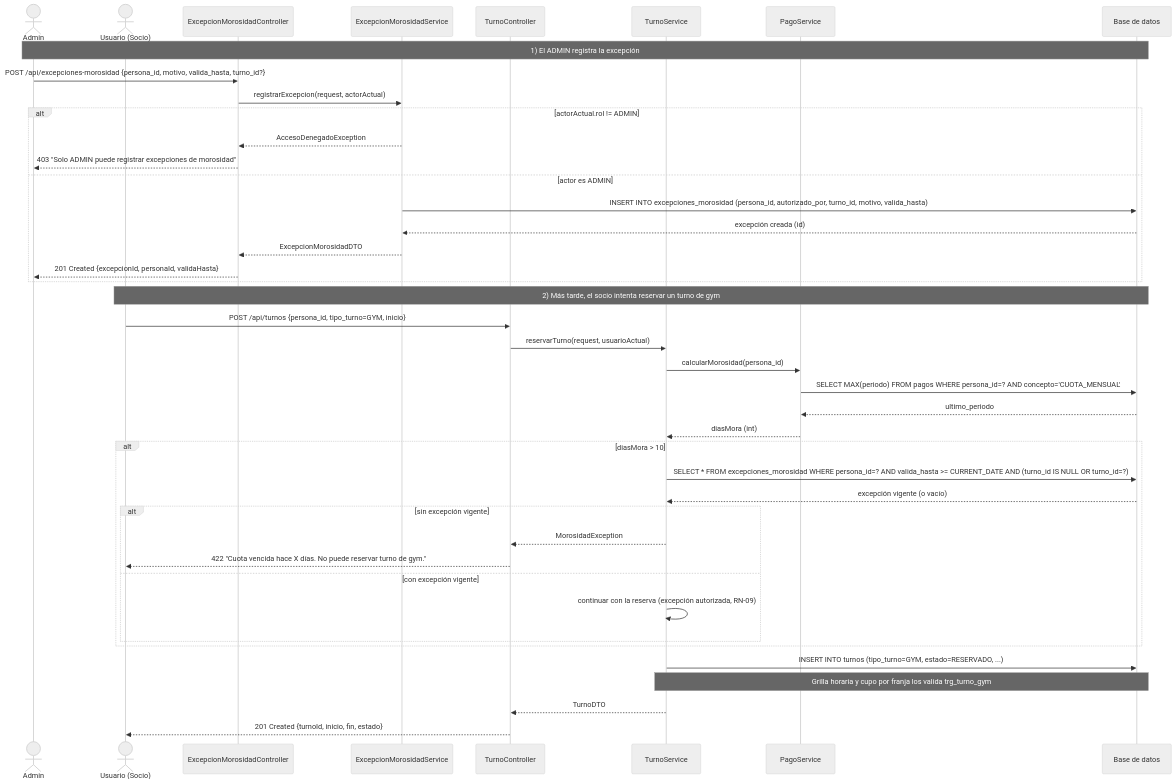
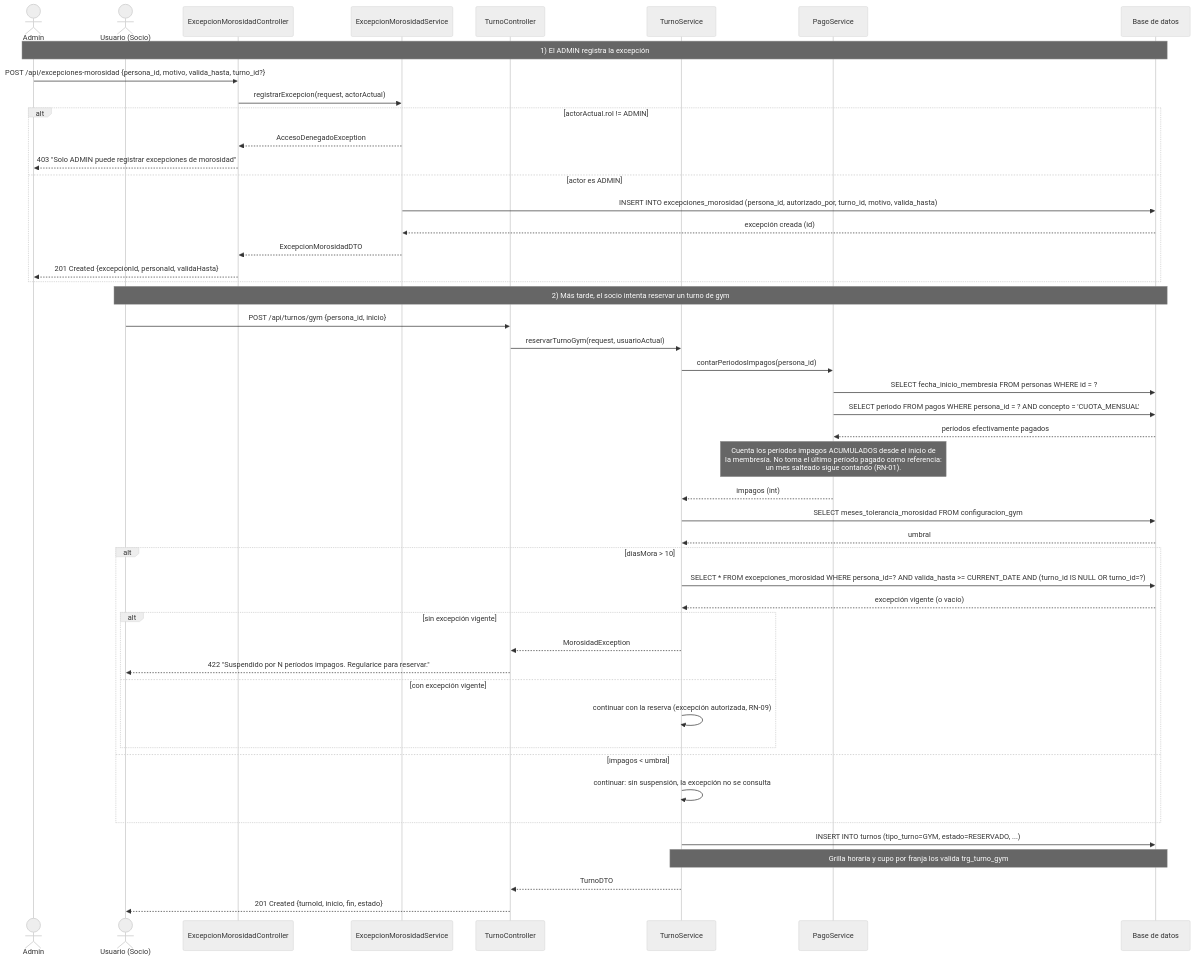
One commit to rcalcatelli/vitalys-app changed the eighth of 10 diagrams in docs/02-diseno/diagramas.md. Above: the diagram before and after it, drawn with Mermaid (neutral theme). The commit also changed other lines of this file, not shown here.

First line of the commit message:
docs(diagramas): separar la reserva de consultorio y la de gimnasio

````diff
--- a/docs/02-diseno/diagramas.md
+++ b/docs/02-diseno/diagramas.md
@@ -317,50 +372,57 @@
 ```mermaid
 sequenceDiagram
     actor A as Admin
     actor U as Usuario (Socio)
     participant API as ExcepcionMorosidadController
     participant ES as ExcepcionMorosidadService
     participant TC as TurnoController
     participant TS as TurnoService
     participant PS as PagoService
     participant DB as Base de datos
 
     Note over A,DB: 1) El ADMIN registra la excepción
     A->>API: POST /api/excepciones-morosidad {persona_id, motivo, valida_hasta, turno_id?}
     API->>ES: registrarExcepcion(request, actorActual)
 
     alt actorActual.rol != ADMIN
         ES-->>API: AccesoDenegadoException
         API-->>A: 403 "Solo ADMIN puede registrar excepciones de morosidad"
     else actor es ADMIN
         ES->>DB: INSERT INTO excepciones_morosidad (persona_id, autorizado_por, turno_id, motivo, valida_hasta)
         DB-->>ES: excepción creada (id)
         ES-->>API: ExcepcionMorosidadDTO
         API-->>A: 201 Created {excepcionId, personaId, validaHasta}
     end
 
     Note over U,DB: 2) Más tarde, el socio intenta reservar un turno de gym
-    U->>TC: POST /api/turnos {persona_id, tipo_turno=GYM, inicio}
-    TC->>TS: reservarTurno(request, usuarioActual)
+    U->>TC: POST /api/turnos/gym {persona_id, inicio}
+    TC->>TS: reservarTurnoGym(request, usuarioActual)
 
-    TS->>PS: calcularMorosidad(persona_id)
-    PS->>DB: SELECT MAX(periodo) FROM pagos WHERE persona_id=? AND concepto='CUOTA_MENSUAL'
-    DB-->>PS: ultimo_periodo
-    PS-->>TS: diasMora (int)
+    TS->>PS: contarPeriodosImpagos(persona_id)
+    PS->>DB: SELECT fecha_inicio_membresia FROM personas WHERE id = ?
+    PS->>DB: SELECT periodo FROM pagos WHERE persona_id = ? AND concepto = 'CUOTA_MENSUAL'
+    DB-->>PS: períodos efectivamente pagados
+    Note over PS: Cuenta los períodos impagos ACUMULADOS desde el inicio de<br/>la membresía. No toma el último período pagado como referencia:<br/>un mes salteado sigue contando (RN-01).
+    PS-->>TS: impagos (int)
+
+    TS->>DB: SELECT meses_tolerancia_morosidad FROM configuracion_gym
+    DB-->>TS: umbral
 
     alt diasMora > 10
         TS->>DB: SELECT * FROM excepciones_morosidad WHERE persona_id=? AND valida_hasta >= CURRENT_DATE AND (turno_id IS NULL OR turno_id=?)
         DB-->>TS: excepción vigente (o vacío)
         alt sin excepción vigente
             TS-->>TC: MorosidadException
-            TC-->>U: 422 "Cuota vencida hace X días. No puede reservar turno de gym."
+            TC-->>U: 422 "Suspendido por N períodos impagos. Regularice para reservar."
         else con excepción vigente
             TS->>TS: continuar con la reserva (excepción autorizada, RN-09)
         end
+    else impagos < umbral
+        TS->>TS: continuar: sin suspensión, la excepción no se consulta
     end
 
     TS->>DB: INSERT INTO turnos (tipo_turno=GYM, estado=RESERVADO, ...)
     Note over TS,DB: Grilla horaria y cupo por franja los valida trg_turno_gym
     TS-->>TC: TurnoDTO
     TC-->>U: 201 Created {turnoId, inicio, fin, estado}
 ```
````
